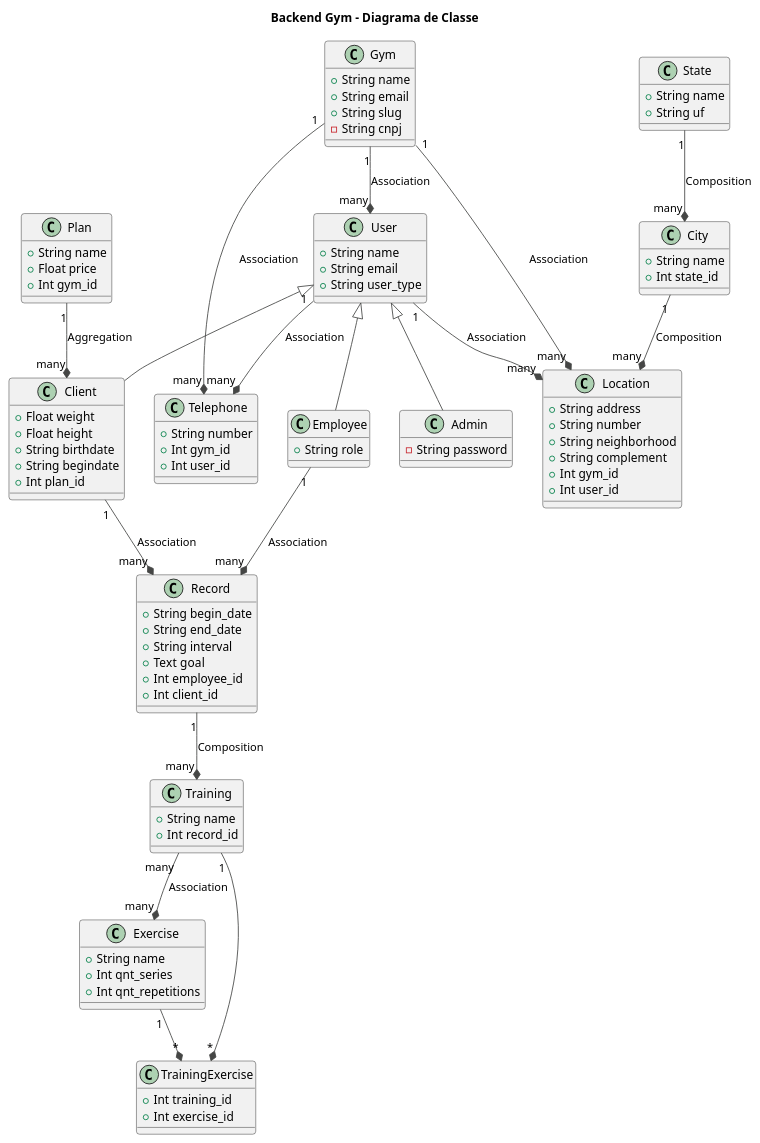
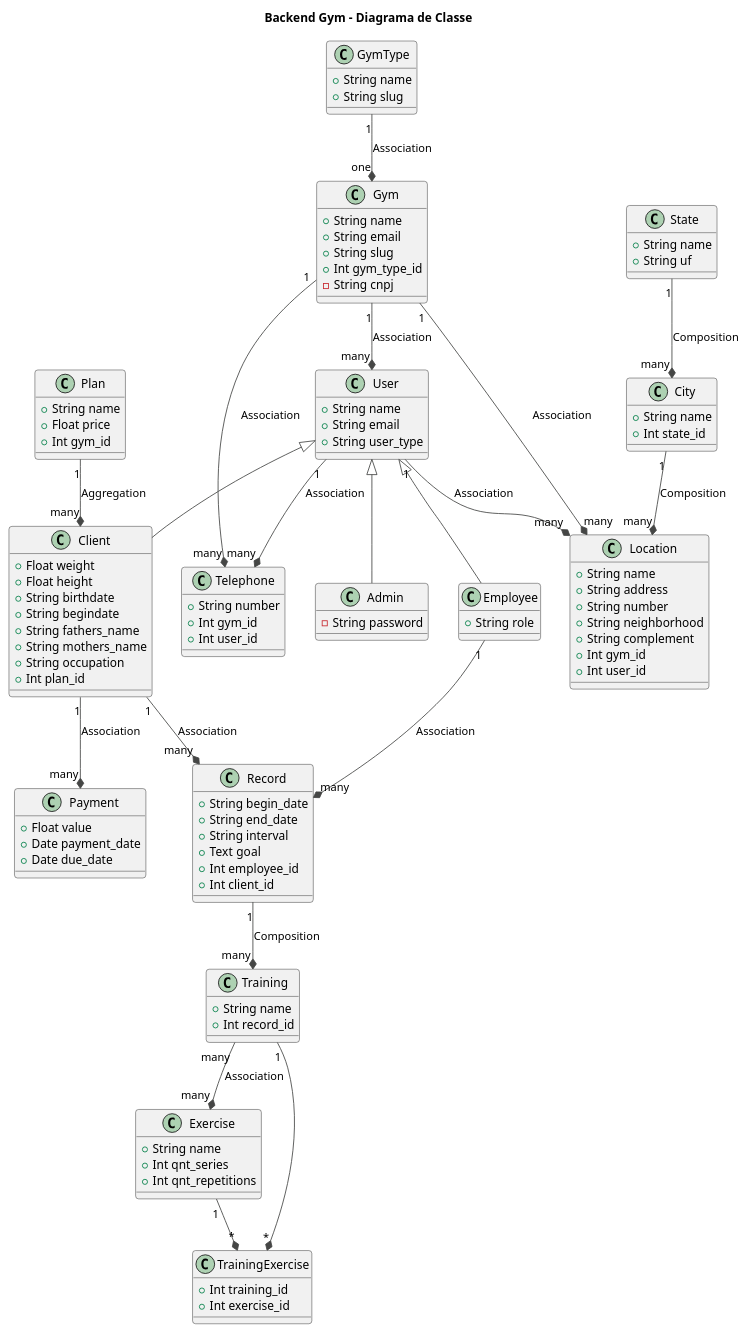
Before and after one commit to Luiz-Bernardes/backend-gym: the diagram in docs/class_diagram.md, drawn with PlantUML. The commit also changed 2 other files, not shown here.

Commit message:
update diagram class

```diff
--- a/docs/class_diagram.md
+++ b/docs/class_diagram.md
@@ -11,7 +11,13 @@
   +String name
   +String email
   +String slug
+  +Int gym_type_id
   -String cnpj
+}
+
+class GymType {
+  +String name
+  +String slug
 }
 
 class Telephone {
@@ -21,6 +27,7 @@
 }
 
 class Location {
+  +String name
   +String address
   +String number
   +String neighborhood
@@ -54,6 +61,9 @@
   +Float height
   +String birthdate
   +String begindate
+  +String fathers_name
+  +String mothers_name
+  +String occupation
   +Int plan_id
 }
 
@@ -65,6 +75,12 @@
   +String name
   +Float price
   +Int gym_id
+}
+
+class Payment {
+  +Float value
+  +Date payment_date
+  +Date due_date
 }
 
 class Record {
@@ -94,6 +110,7 @@
 
 
 User "many" *-up- "1" Gym: Association
+Gym "one" *-up- "1" GymType: Association
 Telephone "many" *-up- "1" Gym: Association
 Location "many" *-up- "1" Gym: Association
 City "many" *-up- "1" State: Composition
@@ -101,6 +118,7 @@
 Telephone "many" *-up- "1" User: Association
 Location "many" *-up- "1" User: Association
 Client "many" *-up- "1" Plan: Aggregation
+Payment "many" *-up- "1" Client: Association
 Record "many" *-up- "1" Client: Association
 Record "many" *-up- "1" Employee: Association
 Training "many" *-up- "1" Record: Composition
```
